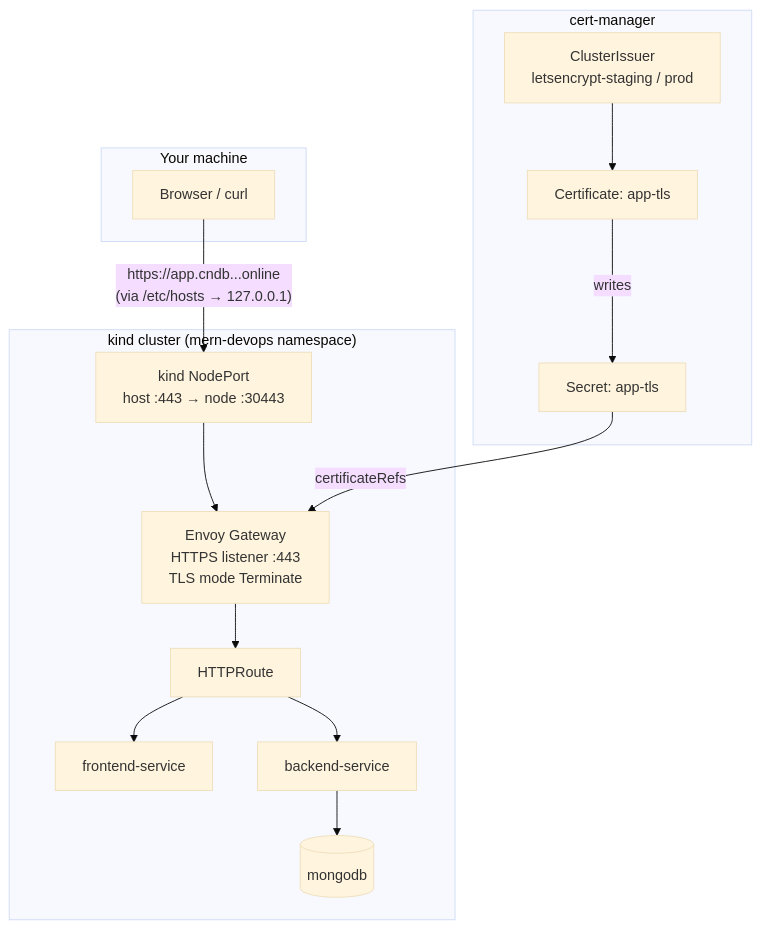
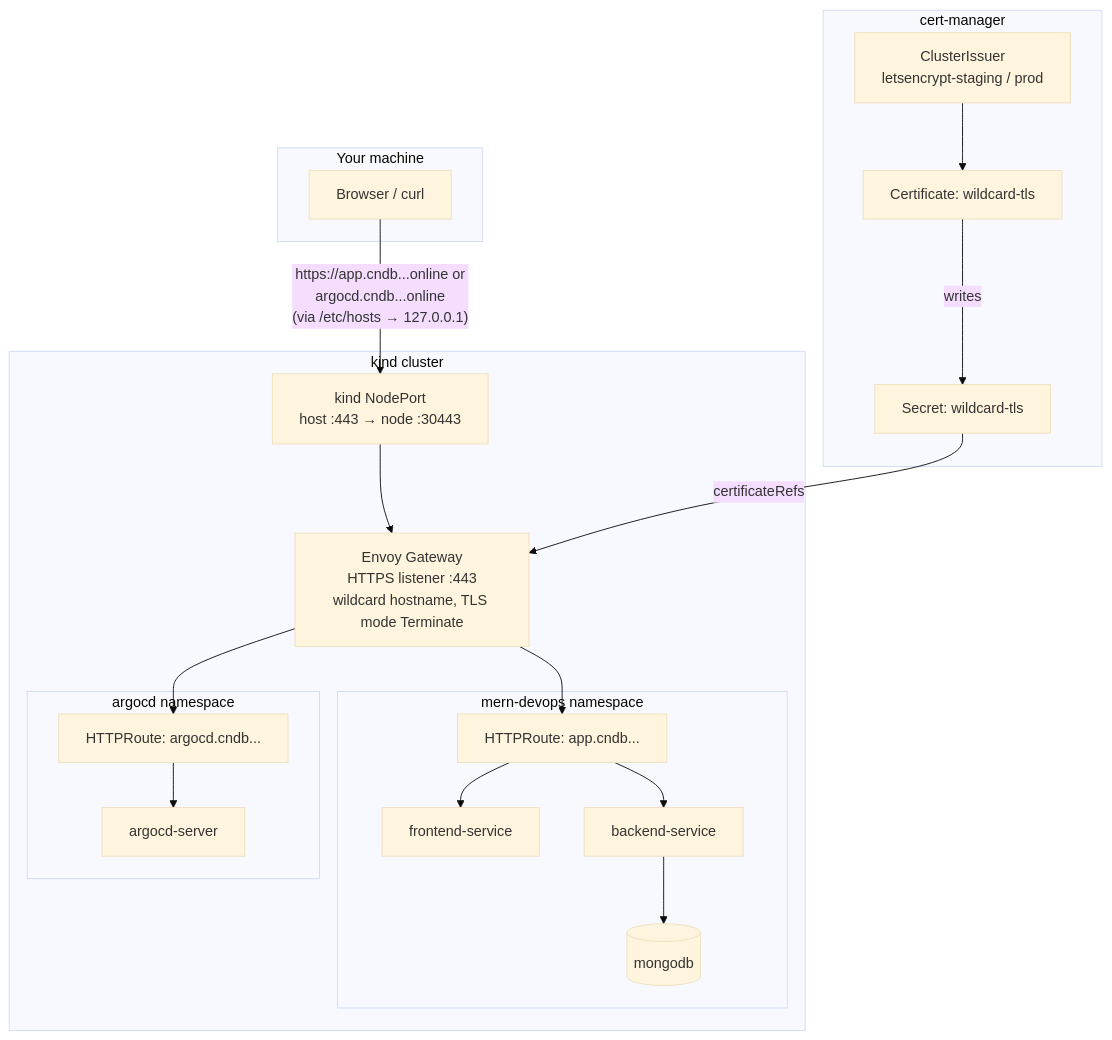
The second of 2 diagrams in README.md (atkaridarshan04/cloudnative-devops-blueprint), drawn with Mermaid (base theme) before and after one commit. The commit also changed other lines of this file and 12 other files, not shown here.

Commit message:
add argocd gitops deployment and switch to a wildcard TLS cert

````diff
--- a/README.md
+++ b/README.md
@@ -90,32 +100,39 @@
 ```mermaid
 flowchart TD
     subgraph "Your machine"
         Browser[Browser / curl]
     end
 
-    subgraph "kind cluster (mern-devops namespace)"
+    subgraph "kind cluster"
         NP[kind NodePort<br/>host :443 → node :30443]
-        GW[Envoy Gateway<br/>HTTPS listener :443<br/>TLS mode Terminate]
-        Route[HTTPRoute]
-        FE[frontend-service]
-        BE[backend-service]
-        DB[(mongodb)]
+        GW[Envoy Gateway<br/>HTTPS listener :443<br/>wildcard hostname, TLS mode Terminate]
+
+        subgraph "mern-devops namespace"
+            AppRoute[HTTPRoute: app.cndb...]
+            FE[frontend-service]
+            BE[backend-service]
+            DB[(mongodb)]
+        end
+
+        subgraph "argocd namespace"
+            ArgoRoute[HTTPRoute: argocd.cndb...]
+            ArgoSvc[argocd-server]
+        end
     end
 
     subgraph "cert-manager"
         CI[ClusterIssuer<br/>letsencrypt-staging / prod]
-        Cert[Certificate: app-tls]
-        Secret[Secret: app-tls]
+        Cert[Certificate: wildcard-tls]
+        Secret[Secret: wildcard-tls]
     end
 
-    Browser -->|"https://app.cndb...online<br/>(via /etc/hosts → 127.0.0.1)"| NP
+    Browser -->|"https://app.cndb...online or<br/>argocd.cndb...online<br/>(via /etc/hosts → 127.0.0.1)"| NP
     NP --> GW
-    GW --> Route
-    Route --> FE
-    Route --> BE
-    BE --> DB
+    GW --> AppRoute --> FE
+    AppRoute --> BE --> DB
+    GW --> ArgoRoute --> ArgoSvc
 
     CI --> Cert
     Cert -->|writes| Secret
     Secret -->|certificateRefs| GW
 ```
````
